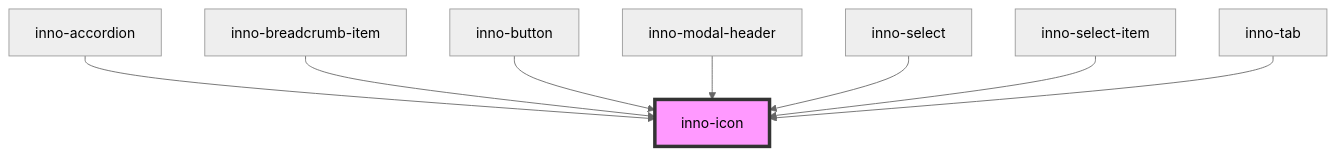
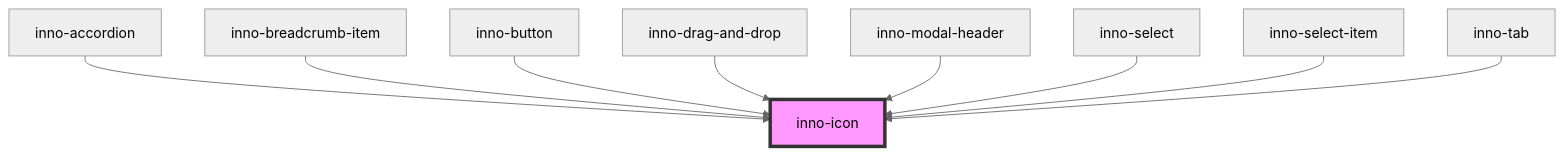
The diagram in packages/stencil-lib/src/components/inno-icon/readme.md (innomotics/brand-experience), drawn with Mermaid (neutral theme) before and after one commit. The commit also changed other lines of this file and 15 other files, not shown here.

Commit message:
Added drag and drop component.

````diff
--- a/packages/stencil-lib/src/components/inno-icon/readme.md
+++ b/packages/stencil-lib/src/components/inno-icon/readme.md
@@ -105,11 +106,12 @@
 ```mermaid
 graph TD;
   inno-accordion --> inno-icon
   inno-breadcrumb-item --> inno-icon
   inno-button --> inno-icon
+  inno-drag-and-drop --> inno-icon
   inno-modal-header --> inno-icon
   inno-select --> inno-icon
   inno-select-item --> inno-icon
   inno-tab --> inno-icon
   style inno-icon fill:#f9f,stroke:#333,stroke-width:4px
 ```
````
